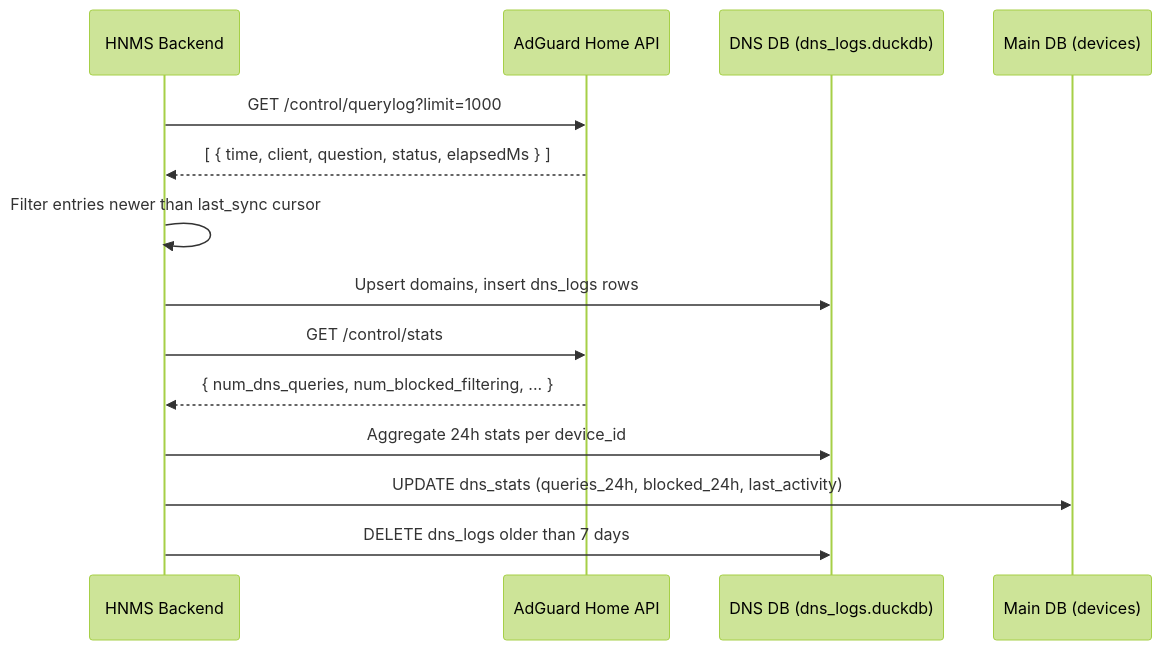
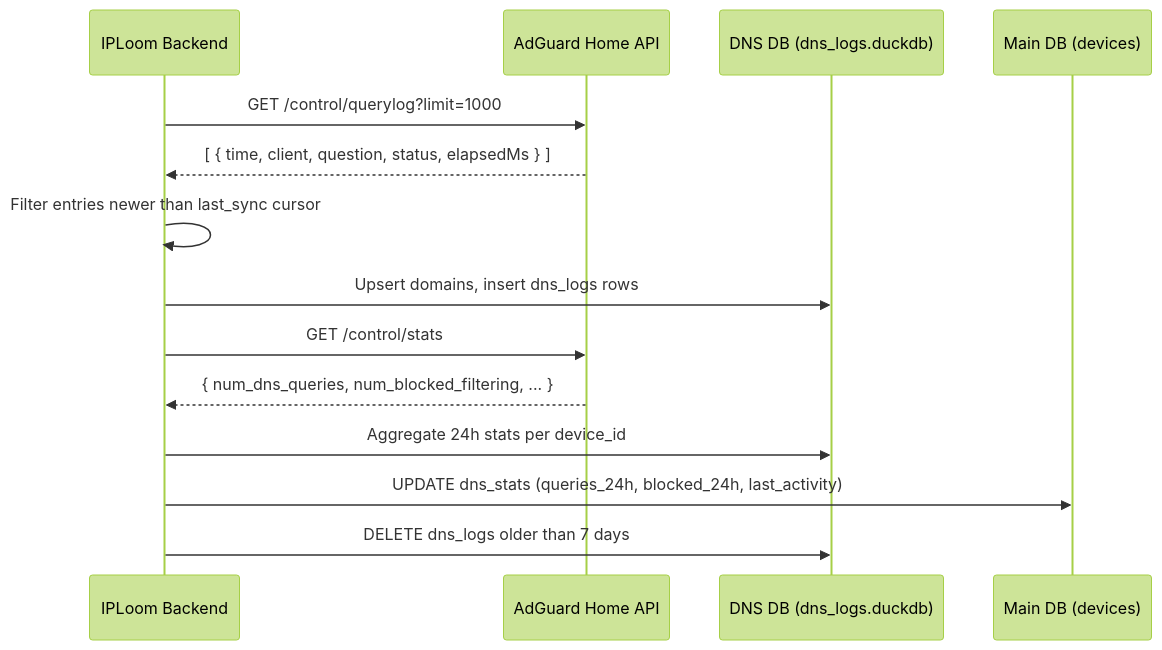
One commit to IPLoom/iploom.github.io changed the diagram in docs/adguard_integration.md. Above: the diagram before and after it, drawn with Mermaid (forest theme). The commit also changed other lines of this file and 68 other files, not shown here.

````diff
--- a/docs/adguard_integration.md
+++ b/docs/adguard_integration.md
@@ -75,17 +75,17 @@
 ```mermaid
 sequenceDiagram
-    participant HNMS Backend
+    participant IPLoom Backend
     participant AdGuard Home API
     participant DNS DB (dns_logs.duckdb)
     participant Main DB (devices)
 
-    HNMS Backend->>AdGuard Home API: GET /control/querylog?limit=1000
-    AdGuard Home API-->>HNMS Backend: [ { time, client, question, status, elapsedMs } ]
-    HNMS Backend->>HNMS Backend: Filter entries newer than last_sync cursor
-    HNMS Backend->>DNS DB (dns_logs.duckdb): Upsert domains, insert dns_logs rows
-    HNMS Backend->>AdGuard Home API: GET /control/stats
-    AdGuard Home API-->>HNMS Backend: { num_dns_queries, num_blocked_filtering, ... }
-    HNMS Backend->>DNS DB (dns_logs.duckdb): Aggregate 24h stats per device_id
-    HNMS Backend->>Main DB (devices): UPDATE dns_stats (queries_24h, blocked_24h, last_activity)
-    HNMS Backend->>DNS DB (dns_logs.duckdb): DELETE dns_logs older than 7 days
+    IPLoom Backend->>AdGuard Home API: GET /control/querylog?limit=1000
+    AdGuard Home API-->>IPLoom Backend: [ { time, client, question, status, elapsedMs } ]
+    IPLoom Backend->>IPLoom Backend: Filter entries newer than last_sync cursor
+    IPLoom Backend->>DNS DB (dns_logs.duckdb): Upsert domains, insert dns_logs rows
+    IPLoom Backend->>AdGuard Home API: GET /control/stats
+    AdGuard Home API-->>IPLoom Backend: { num_dns_queries, num_blocked_filtering, ... }
+    IPLoom Backend->>DNS DB (dns_logs.duckdb): Aggregate 24h stats per device_id
+    IPLoom Backend->>Main DB (devices): UPDATE dns_stats (queries_24h, blocked_24h, last_activity)
+    IPLoom Backend->>DNS DB (dns_logs.duckdb): DELETE dns_logs older than 7 days
 ```
````
